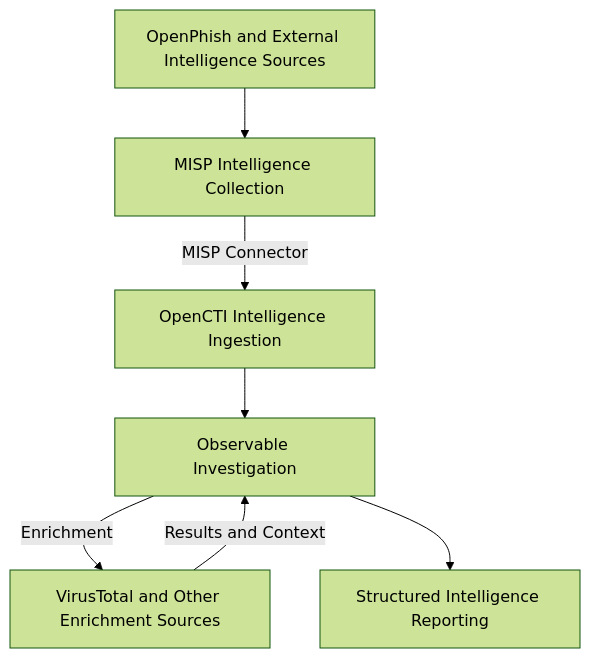
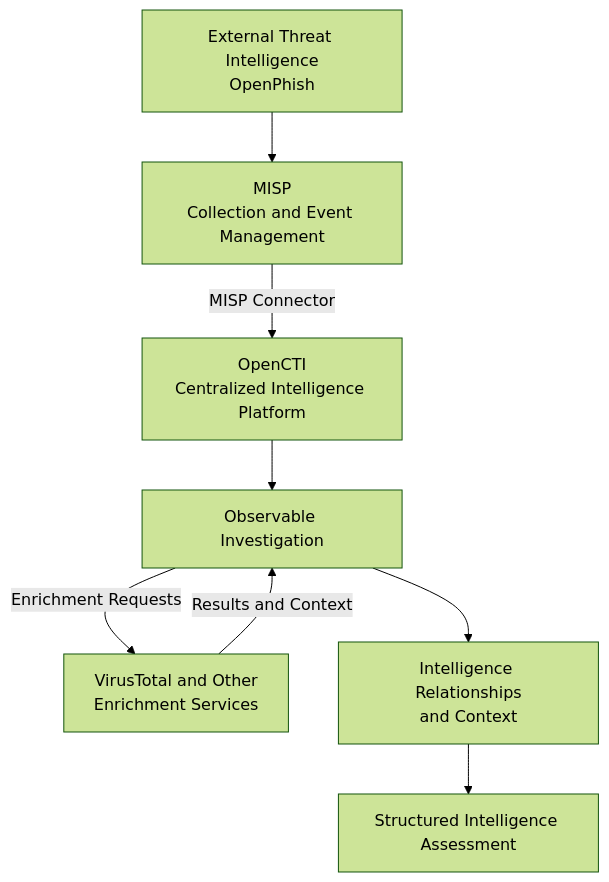
The diagram in screenshots/README.md (niccosabella/opencti-misp-threat-intelligence-lab), drawn with Mermaid (forest theme) before and after one commit. The commit also changed other lines of this file, not shown here.

````diff
--- a/screenshots/README.md
+++ b/screenshots/README.md
@@ -171,16 +377,18 @@
 ```mermaid
 flowchart TD
-    A["OpenPhish and External Intelligence Sources"]
-    B["MISP Intelligence Collection"]
-    C["OpenCTI Intelligence Ingestion"]
+    A["External Threat Intelligence<br/>OpenPhish"]
+    B["MISP<br/>Collection and Event Management"]
+    C["OpenCTI<br/>Centralized Intelligence Platform"]
     D["Observable Investigation"]
-    E["VirusTotal and Other Enrichment Sources"]
-    F["Structured Intelligence Reporting"]
+    E["VirusTotal and Other<br/>Enrichment Services"]
+    F["Intelligence Relationships<br/>and Context"]
+    G["Structured Intelligence Assessment"]
 
     A --> B
     B -->|"MISP Connector"| C
     C --> D
-    D -->|"Enrichment"| E
+    D -->|"Enrichment Requests"| E
     E -->|"Results and Context"| D
     D --> F
+    F --> G
 ```
````
